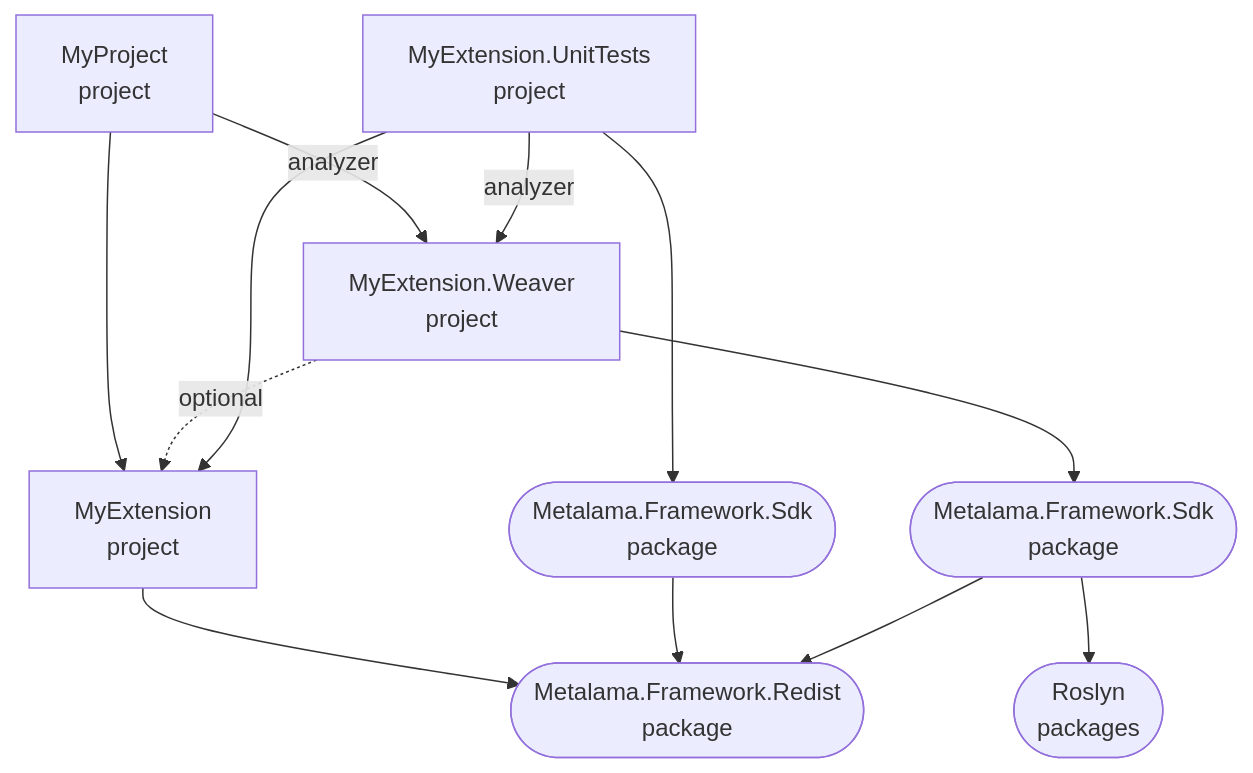
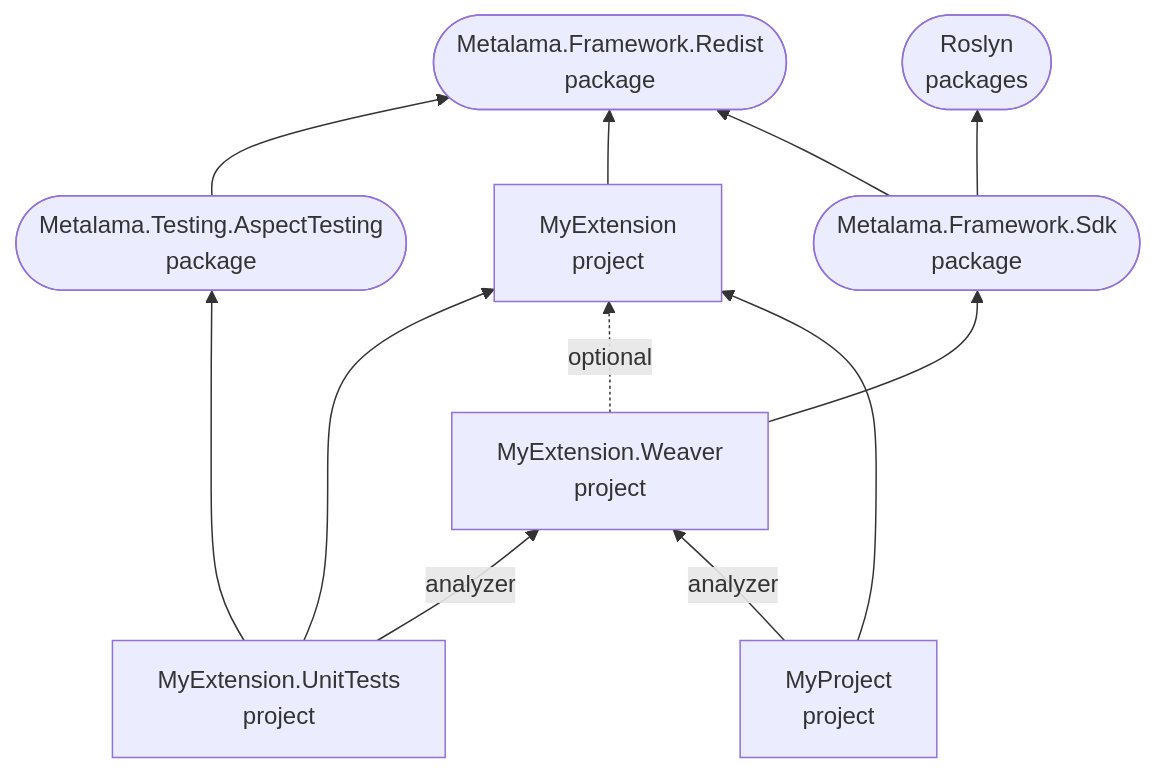
One commit to postsharp/Metalama.Documentation changed the diagram in conceptual/SDK/scaffolding.md. Above: the diagram before and after it, drawn with Mermaid. The commit also changed 3 other files, not shown here.

Commit message:
Improved conceptual diagrams

````diff
--- a/conceptual/SDK/scaffolding.md
+++ b/conceptual/SDK/scaffolding.md
@@ -18,24 +18,24 @@
 ```mermaid
-graph TD
+graph BT
 
-    MyProject --> MyExtension
-    MyProject -- analyzer --> MyExtension.Weaver
-    MyExtension --> Metalama.Framework.Redist
-    MyExtension.Weaver -. optional .-> MyExtension
-    MyExtension.Weaver --> Metalama.Framework.Sdk
     MyExtension.UnitTests --> MyExtension
     MyExtension.UnitTests -- analyzer --> MyExtension.Weaver
     MyExtension.UnitTests --> Metalama.Testing.AspectTesting
+    MyExtension.Weaver -. optional .-> MyExtension
+    MyExtension.Weaver --> Metalama.Framework.Sdk
     Metalama.Framework.Sdk --> Roslyn
     Metalama.Testing.AspectTesting --> Metalama.Framework.Redist
+    MyExtension --> Metalama.Framework.Redist
+    MyProject --> MyExtension
+    MyProject -- analyzer --> MyExtension.Weaver
     Metalama.Framework.Sdk --> Metalama.Framework.Redist
     
     Metalama.Framework.Sdk([Metalama.Framework.Sdk<br/>package])
     Roslyn([Roslyn<br/>packages])
     Metalama.Framework.Redist([Metalama.Framework.Redist<br/>package])
-    Metalama.Testing.AspectTesting([Metalama.Framework.Sdk<br/>package]) 
+    Metalama.Testing.AspectTesting([Metalama.Testing.AspectTesting<br/>package]) 
     MyExtension[MyExtension<br/>project]
     MyExtension.Weaver[MyExtension.Weaver<br/>project]
     MyExtension.UnitTests[MyExtension.UnitTests<br/>project]
     MyProject[MyProject<br/>project]
 ```
````
